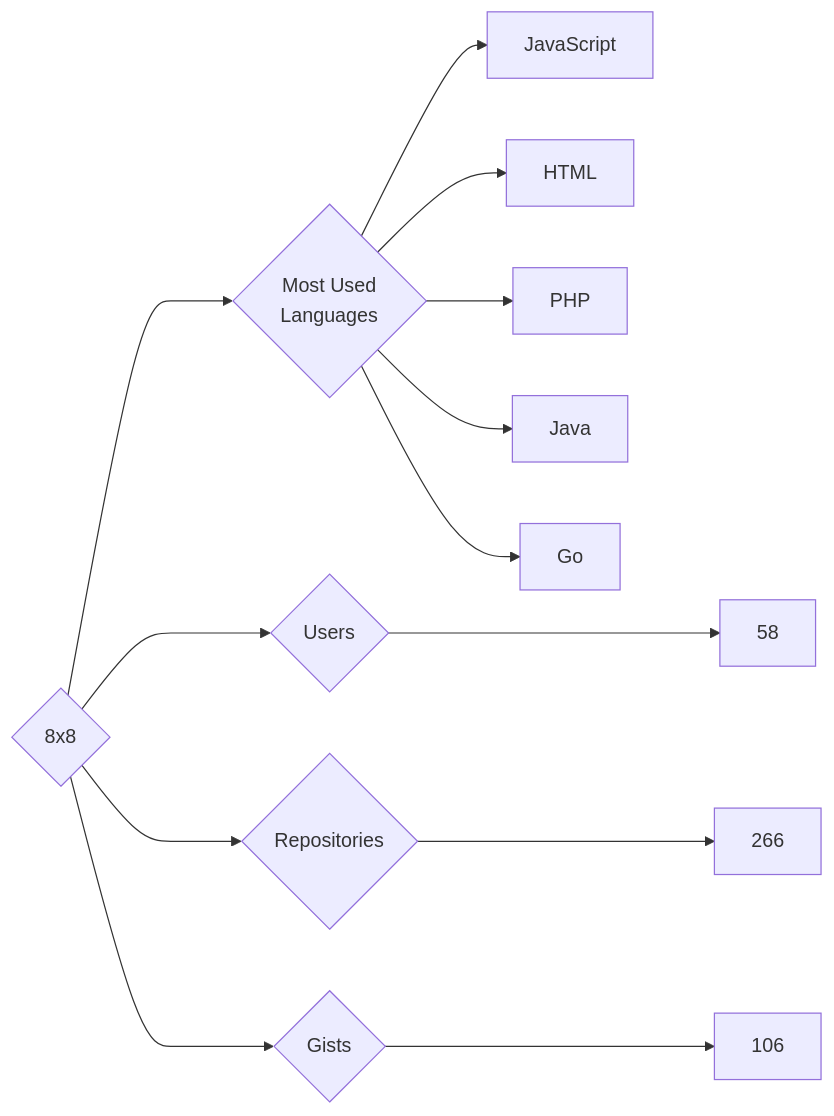
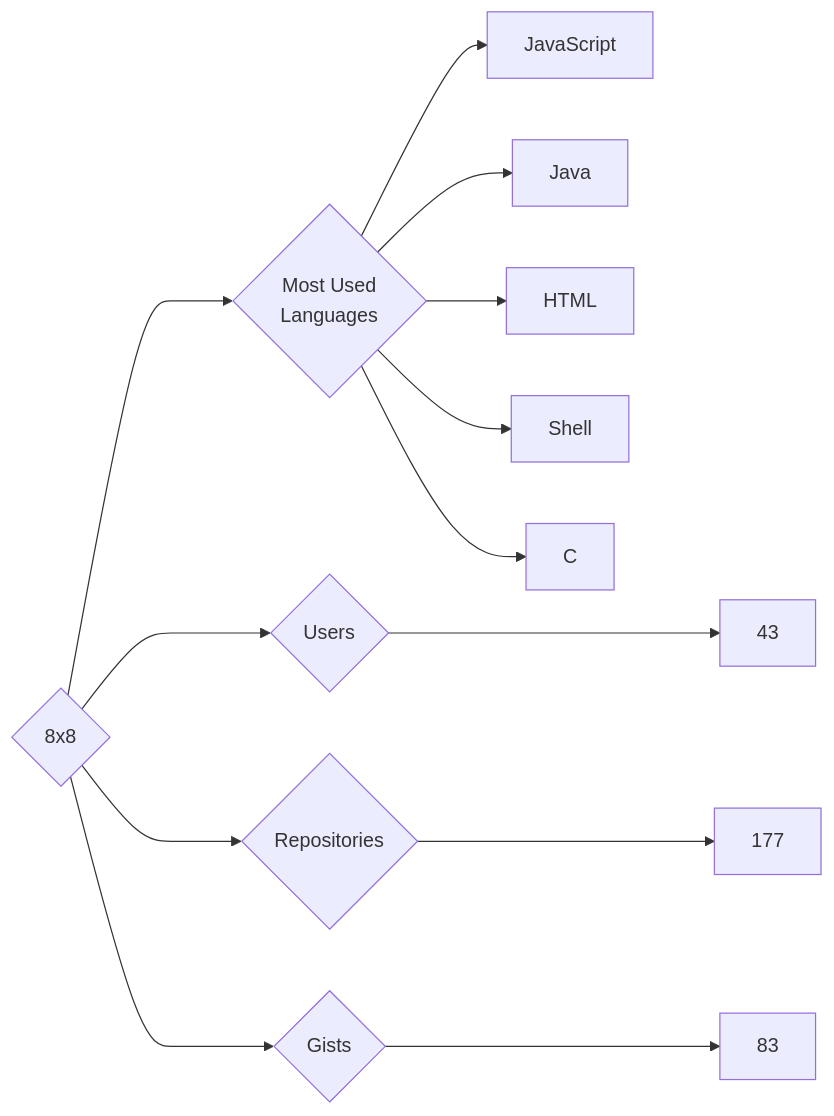
One commit to trickest/insiders changed the diagram in targets/8x8/README.md. Above: the diagram before and after it, drawn with Mermaid. The commit also changed 657 other files, not shown here.

````diff
--- a/targets/8x8/README.md
+++ b/targets/8x8/README.md
@@ -3,13 +3,13 @@
 ```mermaid
 graph LR
 COMPANY_NAME{8x8}
-COMPANY_NAME ---> U{Users} ---> UN[58]
-COMPANY_NAME ---> R{Repositories} ---> RN[266]
-COMPANY_NAME ---> G{Gists} ---> GN[106]
+COMPANY_NAME ---> U{Users} ---> UN[43]
+COMPANY_NAME ---> R{Repositories} ---> RN[177]
+COMPANY_NAME ---> G{Gists} ---> GN[83]
 COMPANY_NAME ---> ML{Most Used<br>Languages}
 ML --> JavaScript[JavaScript]
+ML --> Java[Java]
 ML --> HTML[HTML]
-ML --> PHP[PHP]
-ML --> Java[Java]
-ML --> Go[Go]
+ML --> Shell[Shell]
+ML --> C[C]
 ```
````
